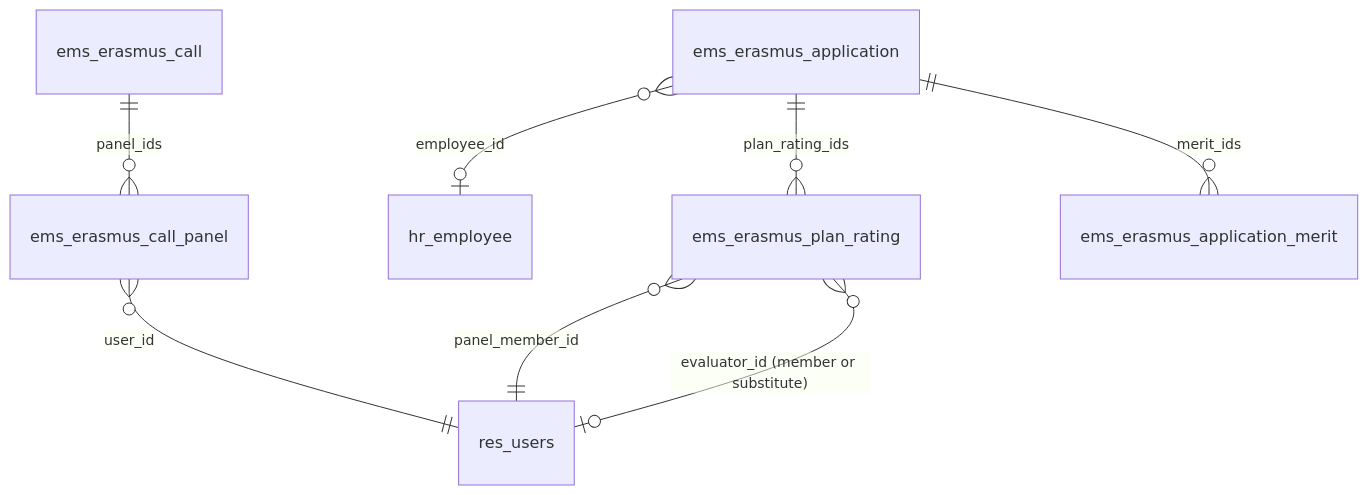
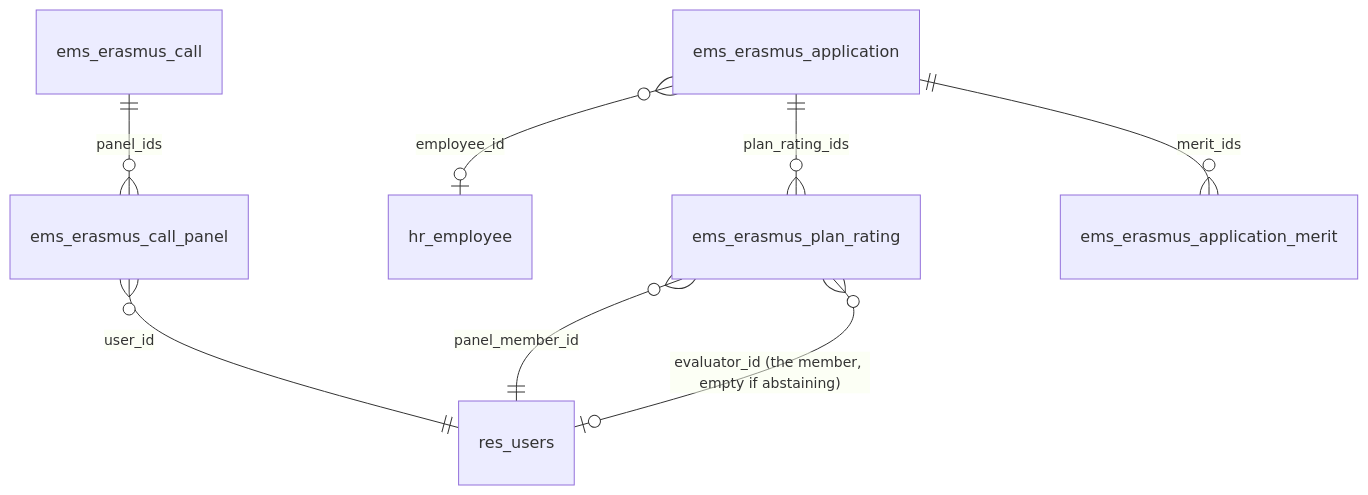
The ninth of 9 diagrams in docs/en/developers/erasmus/erasmus.md (ElPuig/EMS), drawn with Mermaid before and after one commit. The commit also changed other lines of this file and 27 other files, not shown here.

````diff
--- a/docs/en/developers/erasmus/erasmus.md
+++ b/docs/en/developers/erasmus/erasmus.md
@@ -425,10 +426,10 @@
 ```mermaid
 erDiagram
     ems_erasmus_call ||--o{ ems_erasmus_call_panel : "panel_ids"
     ems_erasmus_call_panel }o--|| res_users : "user_id"
     ems_erasmus_application }o--o| hr_employee : "employee_id"
     ems_erasmus_application ||--o{ ems_erasmus_plan_rating : "plan_rating_ids"
     ems_erasmus_plan_rating }o--|| res_users : "panel_member_id"
-    ems_erasmus_plan_rating }o--o| res_users : "evaluator_id (member or substitute)"
+    ems_erasmus_plan_rating }o--o| res_users : "evaluator_id (the member, empty if abstaining)"
     ems_erasmus_application ||--o{ ems_erasmus_application_merit : "merit_ids"
 ```
````
